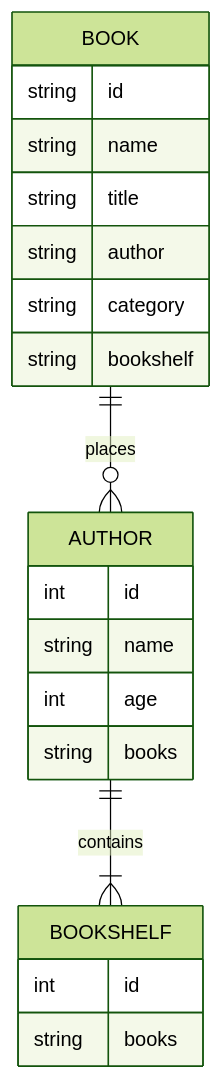
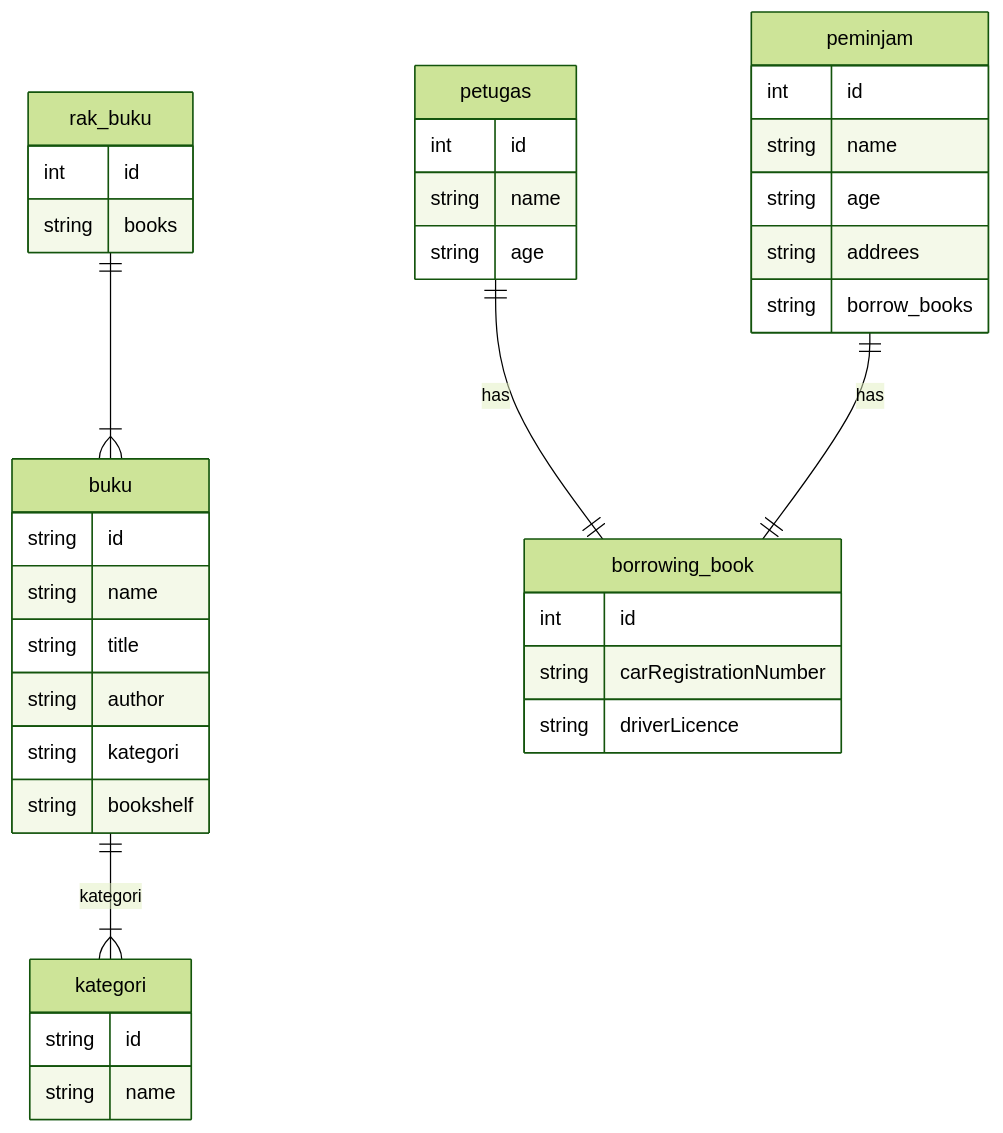
Before and after one commit to AbiPasundan/koda-b6-db1: the diagram in db1/README.md, drawn with Mermaid (forest theme). The commit also changed other lines of this file, not shown here.

Commit message:
feat: add all entity indeed

````diff
--- a/db1/README.md
+++ b/db1/README.md
@@ -3,29 +22,44 @@
 ```mermaid
 
 erDiagram
-    BOOK ||--o{ AUTHOR : places
-
-
-    BOOK {
+    buku ||--|{kategori: "kategori"
+    buku {
         string id
         string name
         string title
         string author
-        string category
+        string kategori
         string bookshelf
     }
 
-    AUTHOR ||--|{ BOOKSHELF : contains
-    AUTHOR {
-        int id
+    kategori {
+        string id
         string name
-        int age
-        string books
     }
 
-
-    BOOKSHELF {
+    rak_buku||--|{buku : ""
+    rak_buku {
         int id
         string books
     }
+    petugas||--||borrowing_book : "has"
+    petugas {
+        int id
+        string name
+        string age
+    }
+    peminjam||--||borrowing_book : "has"
+    peminjam {
+        int id
+        string name
+        string age
+        string addrees
+        string borrow_books
+    }
+
+    borrowing_book {
+        int id
+        string carRegistrationNumber
+        string driverLicence
+    }
 ```
````
